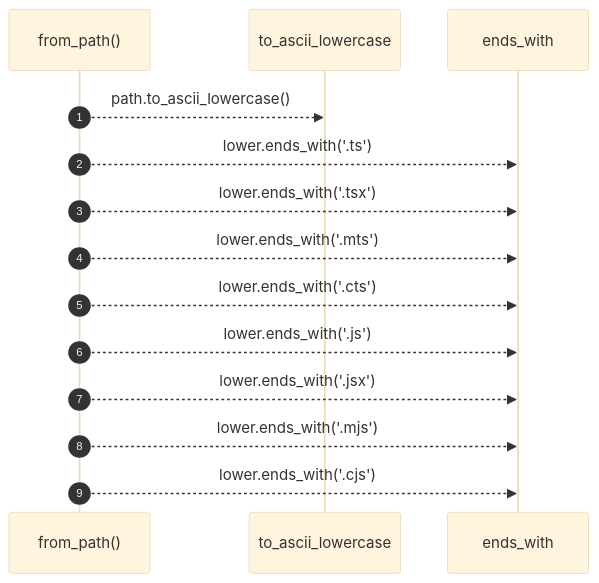
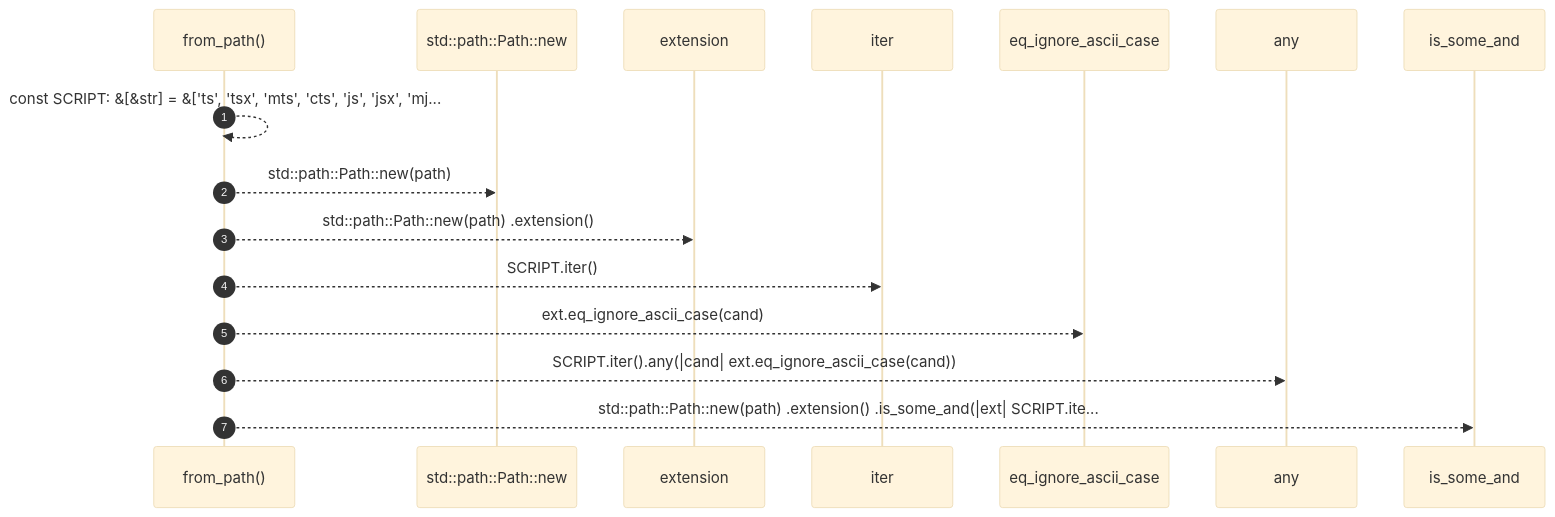
Before and after one commit to RyanGuild/self-describing-code: the diagram in docs/self-model/robby_ir/coverage/impl-triviamode.md, drawn with Mermaid (base theme). The commit also changed other lines of this file and 747 other files, not shown here.

````diff
--- a/docs/self-model/robby_ir/coverage/impl-triviamode.md
+++ b/docs/self-model/robby_ir/coverage/impl-triviamode.md
@@ -65,16 +51,18 @@
 ```mermaid
 sequenceDiagram
     autonumber
     participant from_path as from_path()
-    participant to_ascii_lowercase as to_ascii_lowercase
-    participant ends_with as ends_with
-    from_path-->>to_ascii_lowercase: path.to_ascii_lowercase()
-    from_path-->>ends_with: lower.ends_with('.ts')
-    from_path-->>ends_with: lower.ends_with('.tsx')
-    from_path-->>ends_with: lower.ends_with('.mts')
-    from_path-->>ends_with: lower.ends_with('.cts')
-    from_path-->>ends_with: lower.ends_with('.js')
-    from_path-->>ends_with: lower.ends_with('.jsx')
-    from_path-->>ends_with: lower.ends_with('.mjs')
-    from_path-->>ends_with: lower.ends_with('.cjs')
+    participant std__path__Path__new as std::path::Path::new
+    participant extension as extension
+    participant iter as iter
+    participant eq_ignore_ascii_case as eq_ignore_ascii_case
+    participant any as any
+    participant is_some_and as is_some_and
+    from_path-->>from_path: const SCRIPT: &[&str] = &['ts', 'tsx', 'mts', 'cts', 'js', 'jsx', 'mj...
+    from_path-->>std__path__Path__new: std::path::Path::new(path)
+    from_path-->>extension: std::path::Path::new(path) .extension()
+    from_path-->>iter: SCRIPT.iter()
+    from_path-->>eq_ignore_ascii_case: ext.eq_ignore_ascii_case(cand)
+    from_path-->>any: SCRIPT.iter().any(|cand| ext.eq_ignore_ascii_case(cand))
+    from_path-->>is_some_and: std::path::Path::new(path) .extension() .is_some_and(|ext| SCRIPT.ite...
 ```
````
